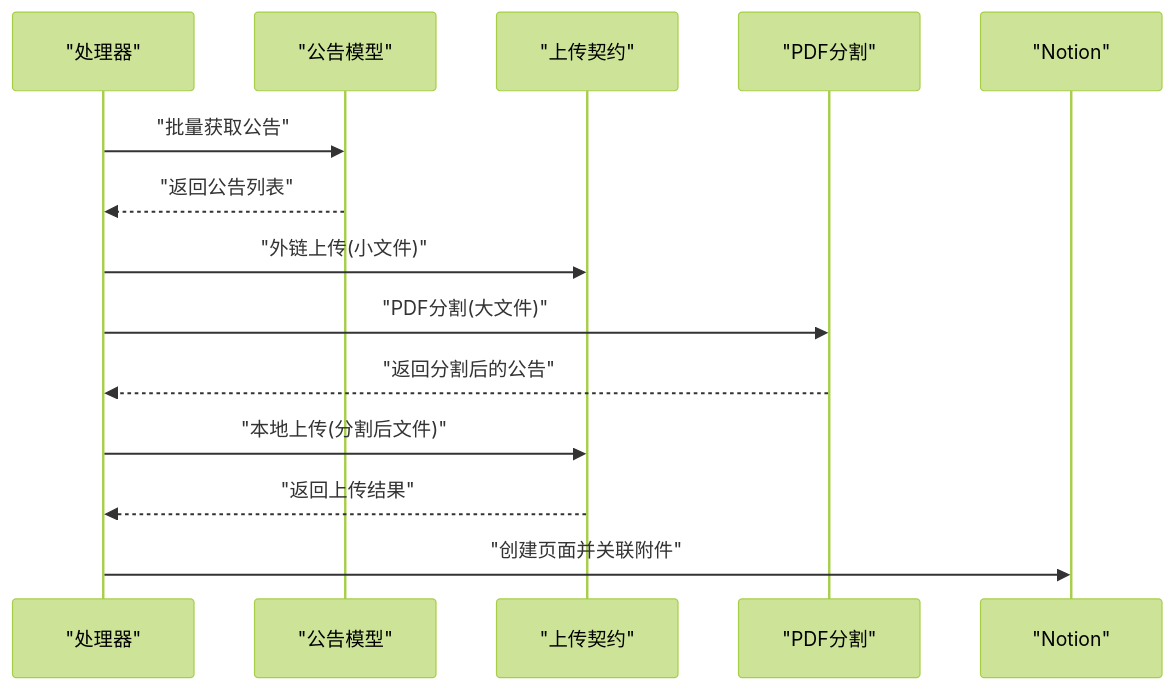
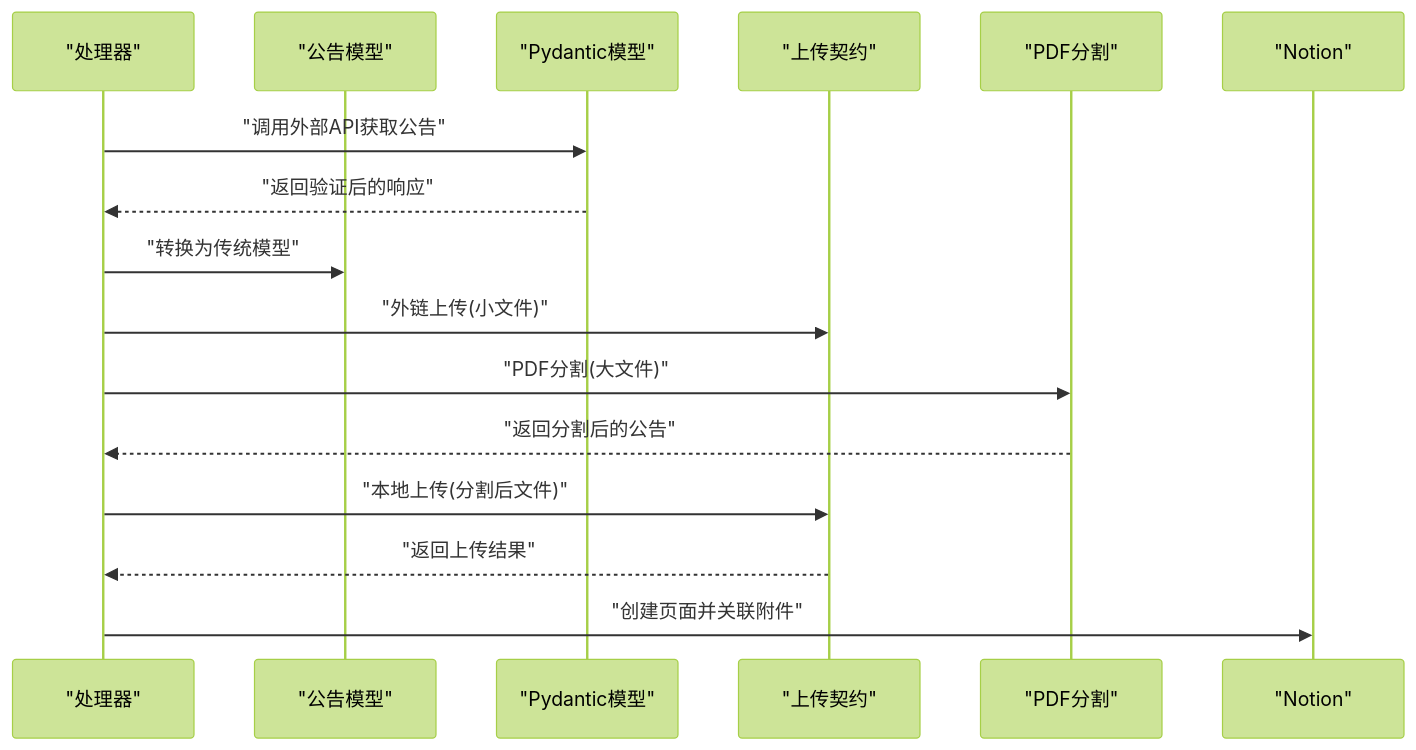
Before and after one commit to iverwong/DataLife: the seventh of 8 diagrams in .qoder/repowiki/zh/content/核心模块详解/数据模型定义/数据模型定义.md, drawn with Mermaid (forest theme). The commit also changed other lines of this file and 6 other files, not shown here.

````diff
--- a/.qoder/repowiki/zh/content/核心模块详解/数据模型定义/数据模型定义.md
+++ b/.qoder/repowiki/zh/content/核心模块详解/数据模型定义/数据模型定义.md
@@ -310,16 +531,18 @@
 ```mermaid
 sequenceDiagram
 participant H as "处理器"
 participant A as "公告模型"
+participant P as "Pydantic模型"
 participant U as "上传契约"
 participant S as "PDF分割"
 participant N as "Notion"
-H->>A : "批量获取公告"
-A-->>H : "返回公告列表"
+H->>P : "调用外部API获取公告"
+P-->>H : "返回验证后的响应"
+H->>A : "转换为传统模型"
 H->>U : "外链上传(小文件)"
 H->>S : "PDF分割(大文件)"
 S-->>H : "返回分割后的公告"
 H->>U : "本地上传(分割后文件)"
 U-->>H : "返回上传结果"
 H->>N : "创建页面并关联附件"
 ```
````
